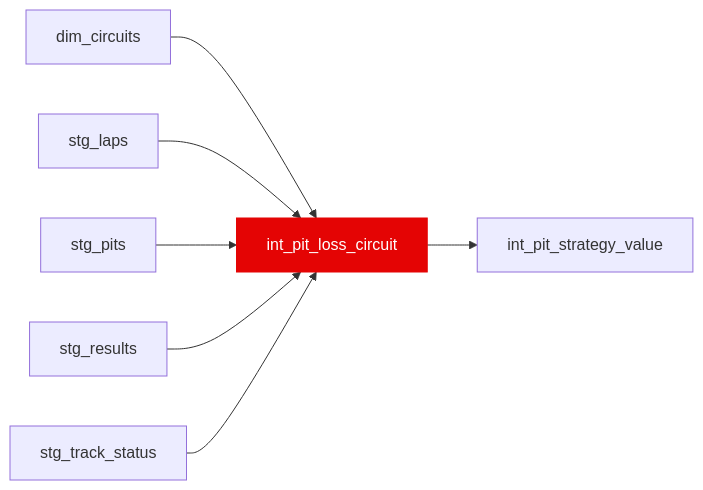
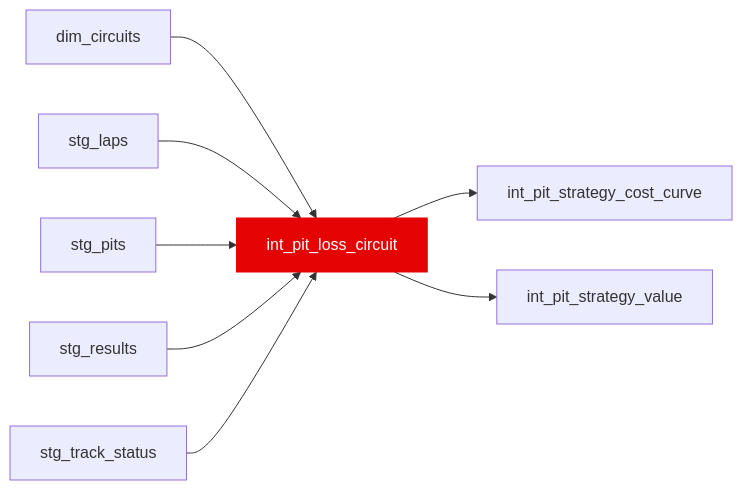
One commit to JustinClarke/off-the-pace changed the diagram in docs/reference/models/int/int_pit_loss_circuit.mdx. Above: the diagram before and after it, drawn with Mermaid. The commit also changed 89 other files, not shown here.

````diff
--- a/docs/reference/models/int/int_pit_loss_circuit.mdx
+++ b/docs/reference/models/int/int_pit_loss_circuit.mdx
@@ -15,10 +15,11 @@
 ```mermaid
 flowchart LR
   dim_circuits --> int_pit_loss_circuit
   stg_laps --> int_pit_loss_circuit
   stg_pits --> int_pit_loss_circuit
   stg_results --> int_pit_loss_circuit
   stg_track_status --> int_pit_loss_circuit
+  int_pit_loss_circuit --> int_pit_strategy_cost_curve
   int_pit_loss_circuit --> int_pit_strategy_value
   style int_pit_loss_circuit fill:#e40404,stroke:#e40404,color:#fff
 ```
````
